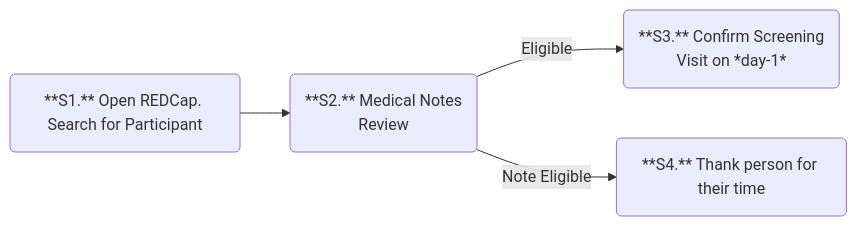
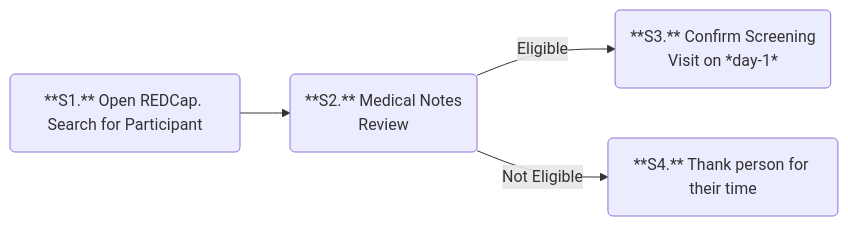
Before and after one commit to sh-publichealth/info-hub: the third of 10 diagrams in site/our-work/tmr/visits/participant-flow.qmd, drawn with Mermaid. The commit also changed other lines of this file and 13 other files, not shown here.

````diff
--- a/site/our-work/tmr/visits/participant-flow.qmd
+++ b/site/our-work/tmr/visits/participant-flow.qmd
@@ -88,15 +89,15 @@
 ```{mermaid}
 %%| label: fig-mermaid-flowchart3
 %%| fig-cap: TMR Screening Visit. Part 1 - Preparation
 %%| fig-alt: screening visit, drawn using Mermaid.
 flowchart LR
 
 S1(**S1.** Open REDCap. Search for Participant)
 S2(**S2.** Medical Notes<br/>Review)
 S3(**S3.** Confirm Screening<br/>Visit on *day-1*)
 S4(**S4.** Thank person for their time)
 S1 --> S2
 S2 -- "Eligible" --> S3
-S2 -- "Note Eligible" --> S4
+S2 -- "Not Eligible" --> S4
 
 ```
````
